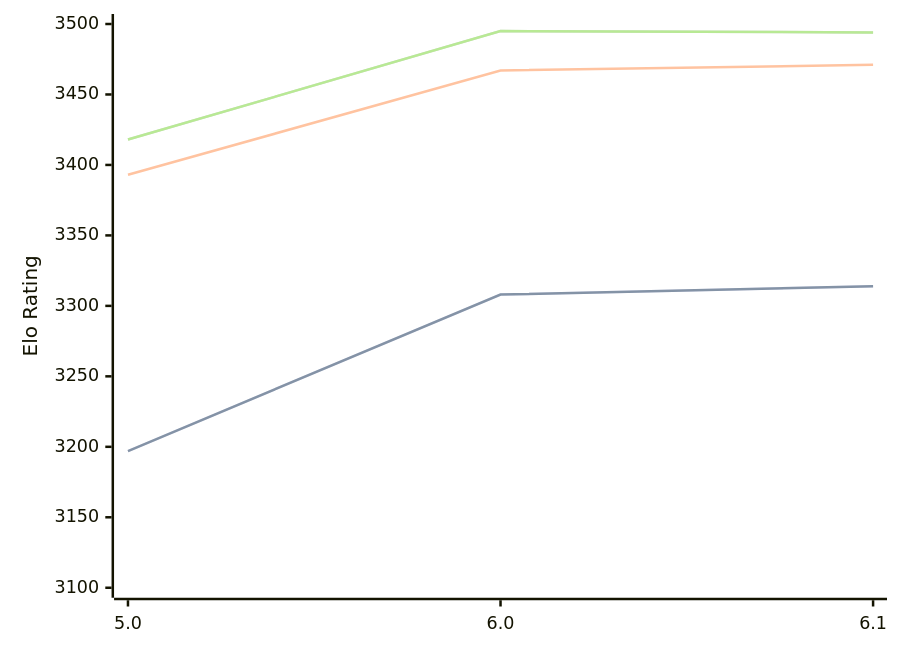
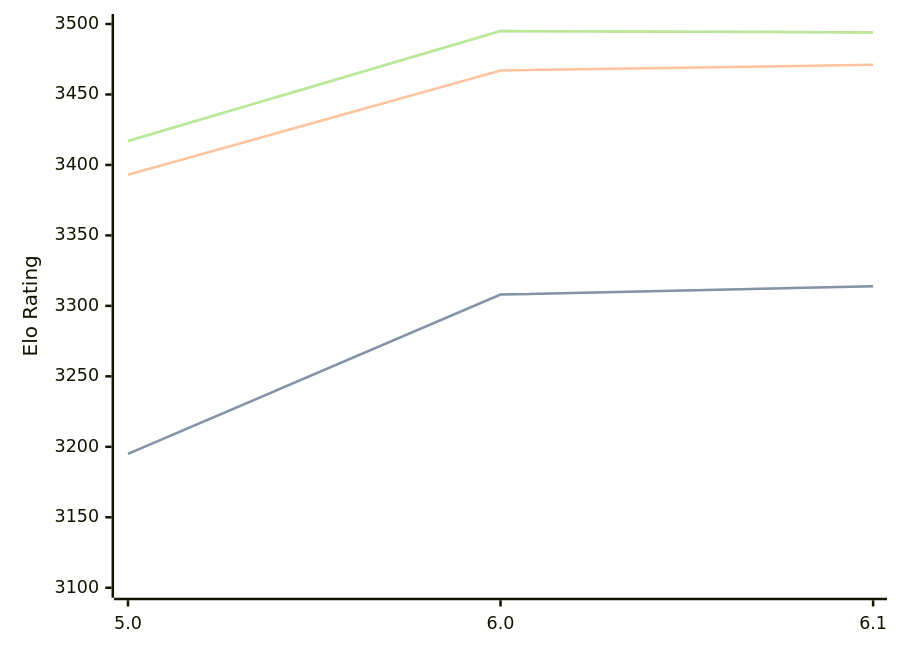
The diagram in engines/Starzix.md (computer-chess-index/cci), drawn with Mermaid before and after one commit. The commit also changed other lines of this file, not shown here.

Commit message:
Update CCI Ratings (ELO VLTC) - 2026-06-12

````diff
--- a/engines/Starzix.md
+++ b/engines/Starzix.md
@@ -37,11 +37,11 @@
 ```mermaid
 %%{init: {"theme":"base","themeVariables":{"seriesColors:['#a3a3a3','#222221','#faa371']}}}%%
 xychart-beta
   x-axis ["5.0", "6.0", "6.1"]
   y-axis "Elo Rating" 3100 --> 3500
-  line "STC (8.0+0.08s)" [3197, 3308, 3314]
-  line "STC (8.0+0.08s)" [3197, 3308, 3314]
+  line "STC (8.0+0.08s)" [3195, 3308, 3314]
+  line "STC (8.0+0.08s)" [3195, 3308, 3314]
   line "LTC (60.0+0.60s)" [3393, 3467, 3471]
-  line "VLTC (2m24s+1.12s)" [3418, 3495, 3494]
-  line "VLTC (2m24s+1.12s)" [3418, 3495, 3494]
+  line "VLTC (2m24s+1.12s)" [3417, 3495, 3494]
+  line "VLTC (2m24s+1.12s)" [3417, 3495, 3494]
 ```
````
